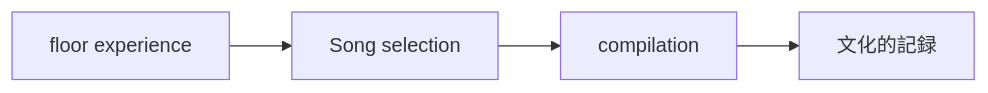
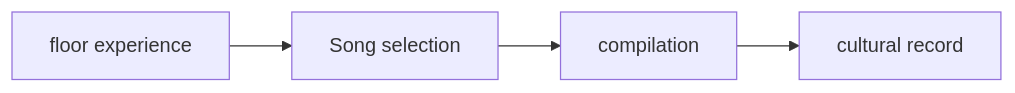
The third of 4 diagrams in en/_posts/2026-02-27-column-Nick Hoppner.md (monumental-movement/monumental-movement.github.io), drawn with Mermaid before and after one commit. The commit also changed other lines of this file and 851 other files, not shown here.

```diff
--- a/en/_posts/2026-02-27-column-Nick Hoppner.md
+++ b/en/_posts/2026-02-27-column-Nick Hoppner.md
@@ -132,6 +132,6 @@
 <div class="mermaid">
 graph LR
 A[floor experience] --> B[Song selection]
 B --> C[compilation]
-C --> D[文化的記録]
+C --> D[cultural record]
 </div>
```
